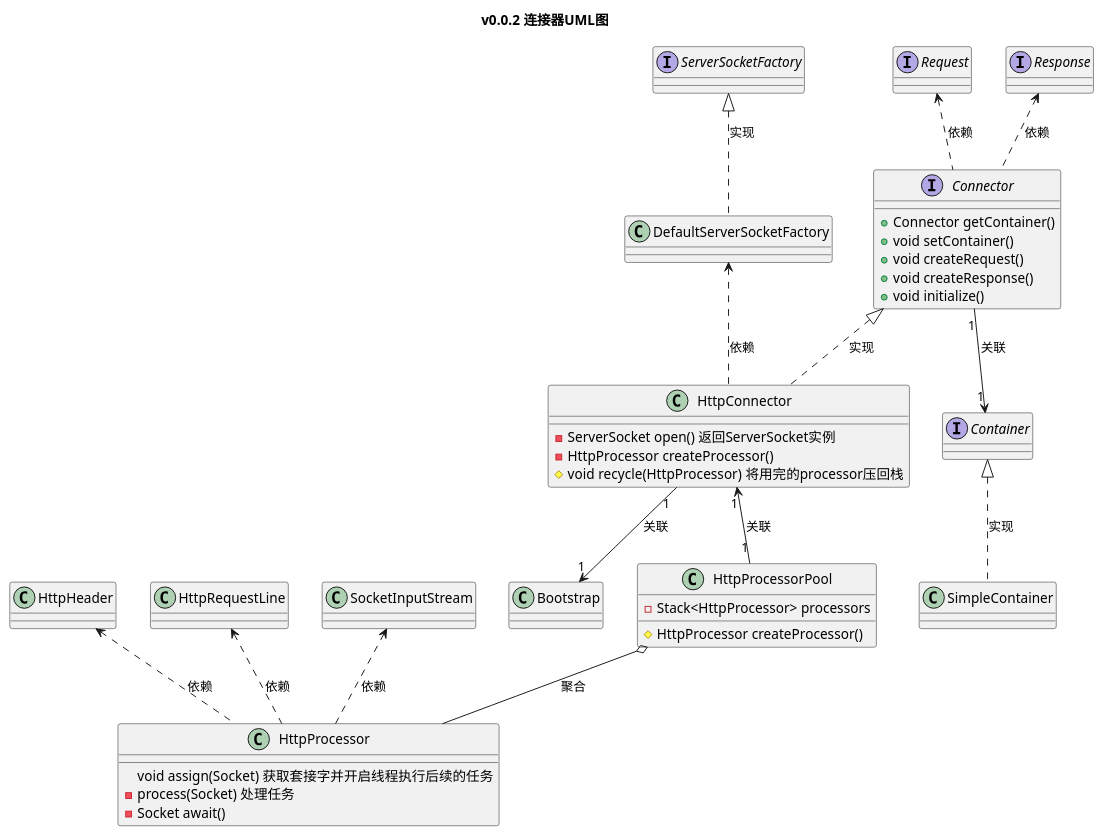
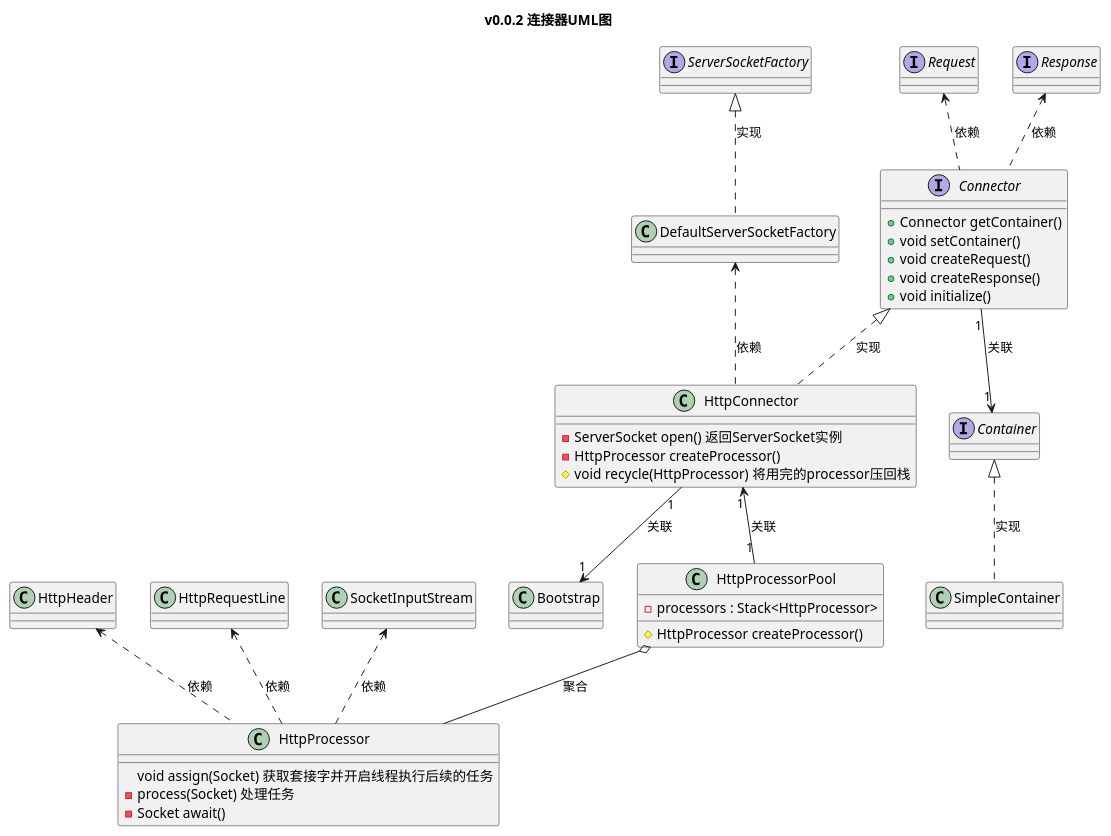
One commit to Executioner2/http-server changed the diagram in uml/v0.0.2/connector.puml. Above: the diagram before and after it, drawn with PlantUML. The commit also changed 11 other files, not shown here.

```diff
--- a/uml/v0.0.2/connector.puml
+++ b/uml/v0.0.2/connector.puml
@@ -1,57 +1,57 @@
 @startuml
 title v0.0.2 连接器UML图
 interface Connector
 interface Container
 interface Request
 interface Response
 interface ServerSocketFactory
 class Bootstrap
 class DefaultServerSocketFactory
 class SimpleContainer
 class HttpConnector
 class HttpProcessor
 class HttpHeader
 class HttpRequestLine
 class SocketInputStream
 class HttpProcessorPool
 
 Connector <|.. HttpConnector : 实现
 Container <|.. SimpleContainer : 实现
 ServerSocketFactory <|.. DefaultServerSocketFactory : 实现
 HttpProcessorPool o-- HttpProcessor : 聚合
 Connector "1" --> "1" Container : 关联
 HttpConnector "1" <-- "1" HttpProcessorPool : 关联
 HttpConnector "1" --> "1" Bootstrap : 关联
 Request <.. Connector : 依赖
 Response <.. Connector : 依赖
 HttpHeader <.. HttpProcessor : 依赖
 HttpRequestLine <.. HttpProcessor : 依赖
 SocketInputStream <.. HttpProcessor : 依赖
 DefaultServerSocketFactory <.. HttpConnector : 依赖
 
 interface Connector {
     + Connector getContainer()
     + void setContainer()
     + void createRequest()
     + void createResponse()
     + void initialize()
 }
 
 class HttpConnector {
     - ServerSocket open() 返回ServerSocket实例
     - HttpProcessor createProcessor()
     # void recycle(HttpProcessor) 将用完的processor压回栈
 }
 
 class HttpProcessorPool {
-    - Stack<HttpProcessor> processors
+    - processors : Stack<HttpProcessor>
     # HttpProcessor createProcessor()
 }
 
 class HttpProcessor {
     void assign(Socket) 获取套接字并开启线程执行后续的任务
     - process(Socket) 处理任务
     - Socket await()
 }
 
 @enduml
```
